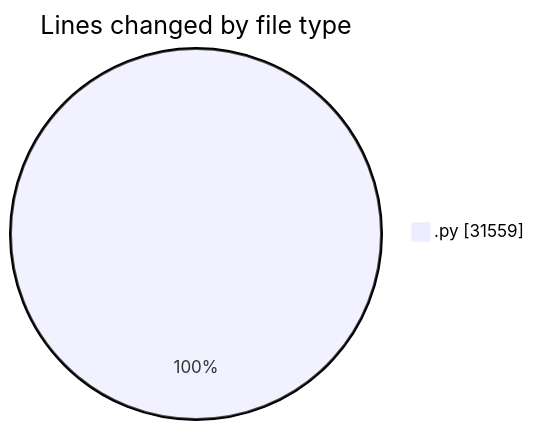
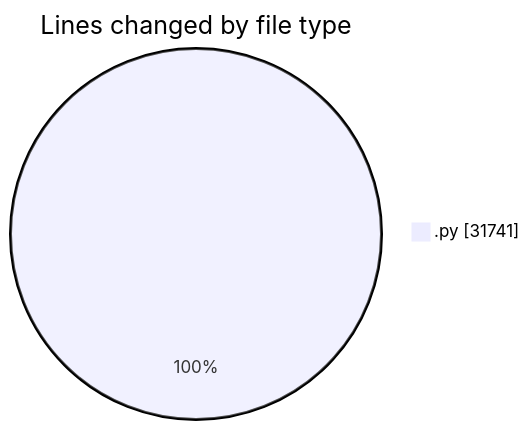
Before and after one commit to julien-gomy/code-tracking: the first of 2 diagrams in 2025-11-14/eventscop-api-guide__workspace_/README.md, drawn with Mermaid. The commit also changed other lines of this file and 1 other file, not shown here.

````diff
--- a/2025-11-14/eventscop-api-guide__workspace_/README.md
+++ b/2025-11-14/eventscop-api-guide__workspace_/README.md
@@ -27,5 +28,5 @@
 ```mermaid
 pie showData
 title Lines changed by file type
-".py" : 31559
+".py" : 31741
 ```
````
